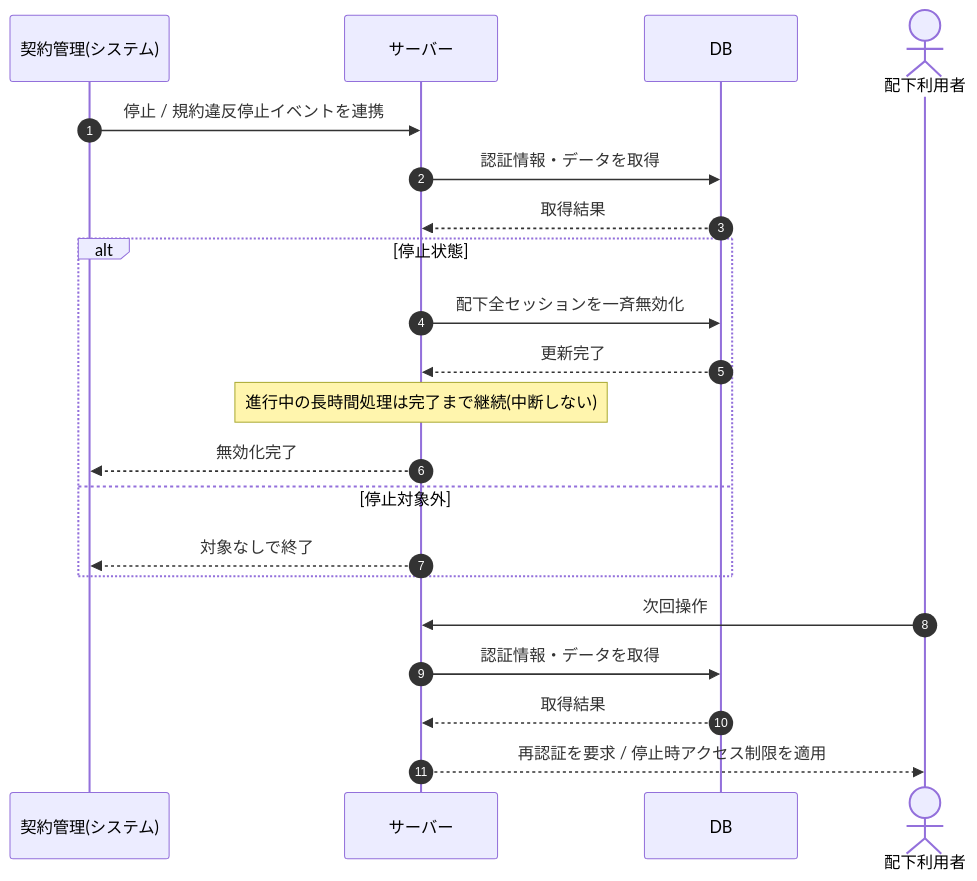
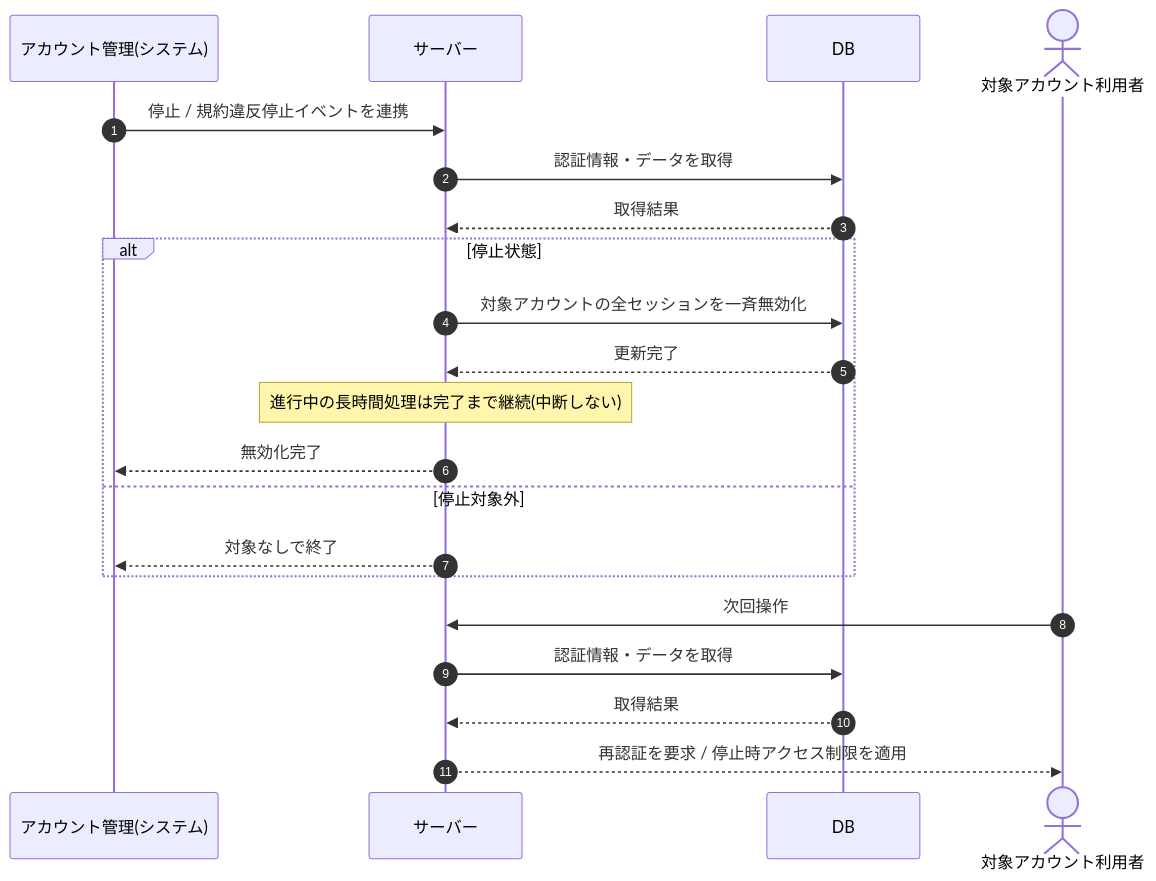
The diagram in 02_basic_design/03_sequences/SEQ-104.md (sikakou54/open-faq), drawn with Mermaid before and after one commit. The commit also changed other lines of this file and 294 other files, not shown here.

````diff
--- a/02_basic_design/03_sequences/SEQ-104.md
+++ b/02_basic_design/03_sequences/SEQ-104.md
@@ -24,23 +24,23 @@
 ```mermaid
 sequenceDiagram
   autonumber
-  participant OP as 契約管理(システム)
+  participant OP as アカウント管理(システム)
   participant Server as サーバー
   participant DB as DB
-  actor U as 配下利用者
+  actor U as 対象アカウント利用者
   OP->>Server: 停止 / 規約違反停止イベントを連携
   Server->>DB: 認証情報・データを取得
   DB-->>Server: 取得結果
   alt 停止状態
-    Server->>DB: 配下全セッションを一斉無効化
+    Server->>DB: 対象アカウントの全セッションを一斉無効化
     DB-->>Server: 更新完了
     Note over Server: 進行中の長時間処理は完了まで継続(中断しない)
     Server-->>OP: 無効化完了
   else 停止対象外
     Server-->>OP: 対象なしで終了
   end
   U->>Server: 次回操作
   Server->>DB: 認証情報・データを取得
   DB-->>Server: 取得結果
   Server-->>U: 再認証を要求 / 停止時アクセス制限を適用
 ```
````
